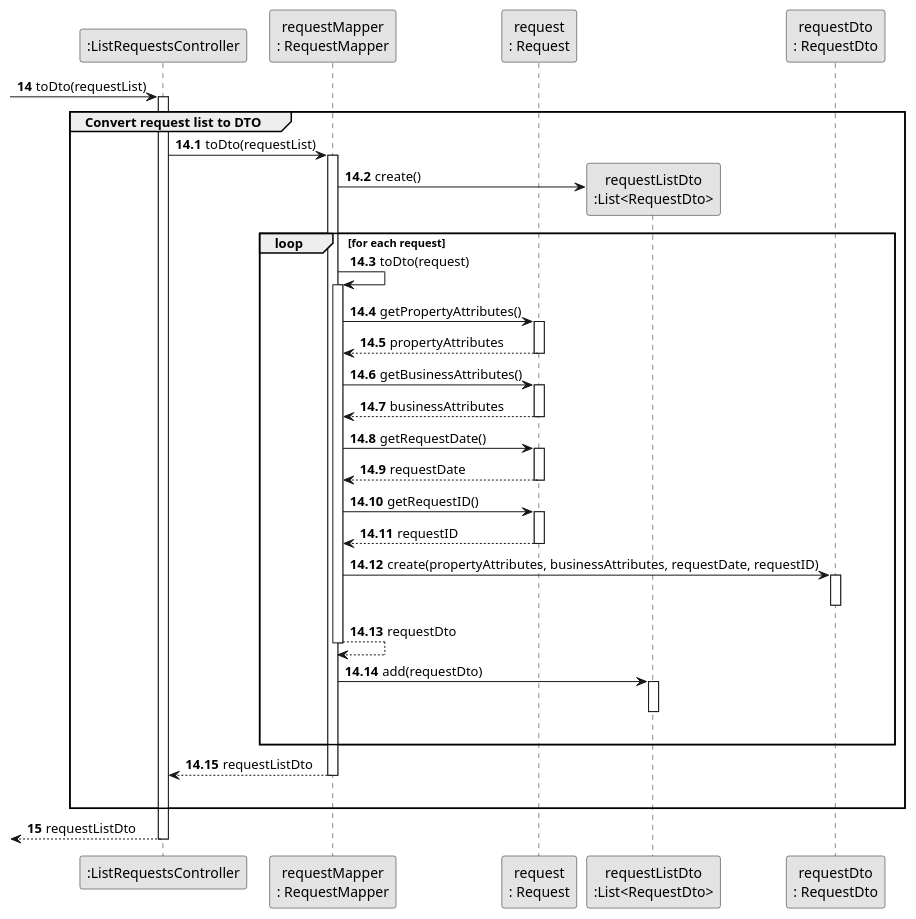
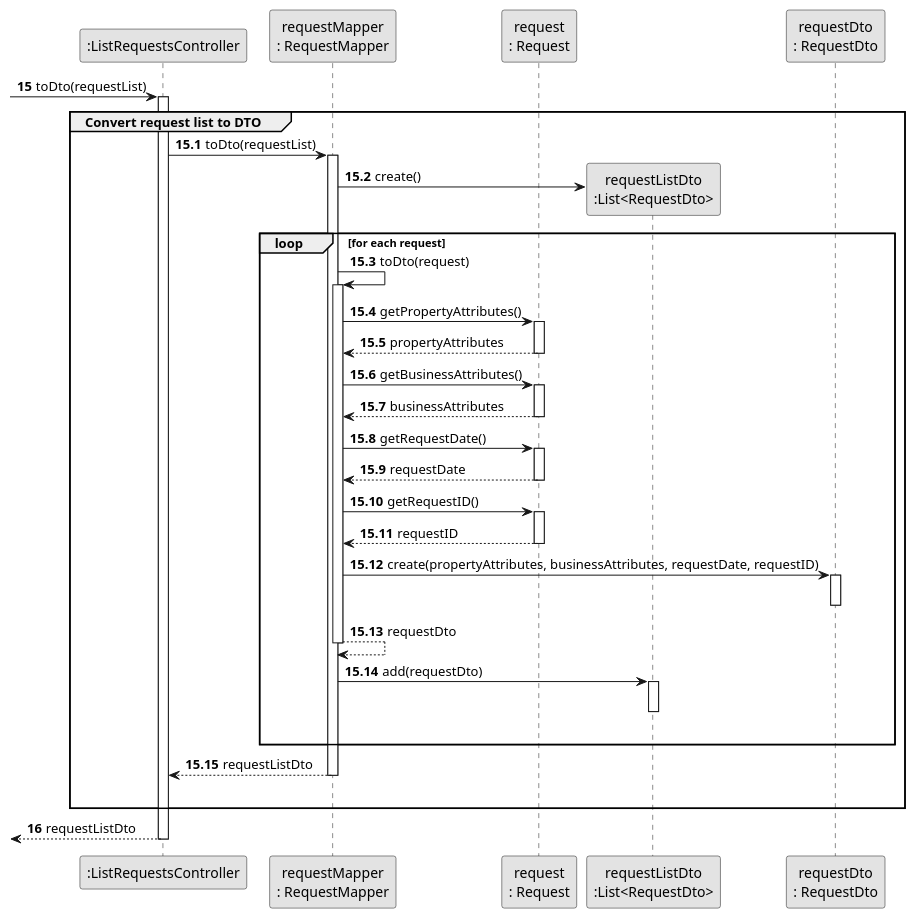
One commit to rita-barbosa/LAPR2-2223 changed the diagram in docs/sprintD/us008/03.design/puml/us008-sequence-diagram-partial-convert-request-list-to-DTO.puml. Above: the diagram before and after it, drawn with PlantUML. The commit also changed 17 other files, not shown here.

Commit message:
Update Sequence Diagram (split & partials) & Class Diagram + SVG's [US008][Design]

```diff
--- a/docs/sprintD/us008/03.design/puml/us008-sequence-diagram-partial-convert-request-list-to-DTO.puml
+++ b/docs/sprintD/us008/03.design/puml/us008-sequence-diagram-partial-convert-request-list-to-DTO.puml
@@ -1,76 +1,76 @@
 @startuml
 skinparam monochrome true
 skinparam packageStyle rectangle
 skinparam shadowing false
 
 
 participant ":ListRequestsController" as CTRL
 participant "requestMapper\n: RequestMapper" as ReqMapper
 participant "request\n: Request" as REQUEST
 participant "requestListDto\n:List<RequestDto>" as REQLISTDTO
 participant "requestDto\n: RequestDto" as ReqDto
 
-autonumber 14
+autonumber 15
     -> CTRL: toDto(requestList)
     activate CTRL
 
 group Convert request list to DTO
 
-autonumber 14.1
+autonumber 15.1
     CTRL -> ReqMapper : toDto(requestList)
     activate ReqMapper
 
     ReqMapper -> REQLISTDTO** : create()
 
     loop for each request
     ReqMapper -> ReqMapper : toDto(request)
     activate ReqMapper
 
     ReqMapper -> REQUEST : getPropertyAttributes()
     activate REQUEST
 
     REQUEST --> ReqMapper : propertyAttributes
     deactivate REQUEST
 
     ReqMapper -> REQUEST : getBusinessAttributes()
     activate REQUEST
 
     REQUEST --> ReqMapper : businessAttributes
     deactivate REQUEST
 
     ReqMapper -> REQUEST : getRequestDate()
     activate REQUEST
 
     REQUEST --> ReqMapper : requestDate
     deactivate REQUEST
 
     ReqMapper -> REQUEST : getRequestID()
     activate REQUEST
 
     REQUEST --> ReqMapper : requestID
     deactivate REQUEST
 
     ReqMapper -> ReqDto : create(propertyAttributes, businessAttributes, requestDate, requestID)
     activate ReqDto
     deactivate ReqDto
 
     ReqMapper --> ReqMapper : requestDto
     deactivate ReqMapper
 
     ReqMapper -> REQLISTDTO : add(requestDto)
     activate REQLISTDTO
     deactivate REQLISTDTO
     |||
     end
 
     ReqMapper --> CTRL : requestListDto
     deactivate ReqMapper
     |||
 
 end group
-autonumber 15
+autonumber 16
      <-- CTRL: requestListDto
      deactivate CTRL
 
 
 @enduml
```
